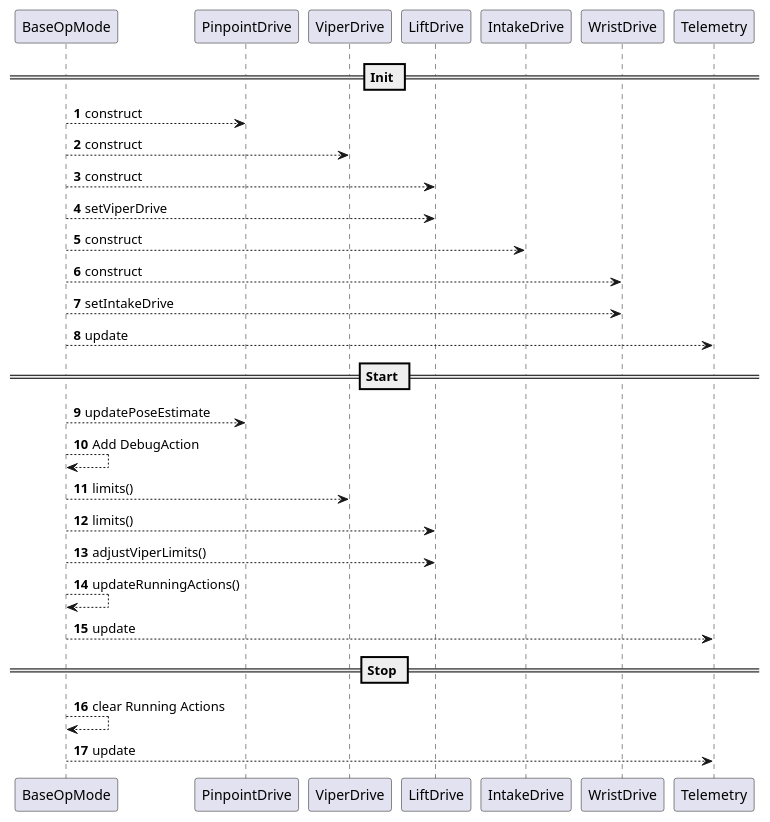
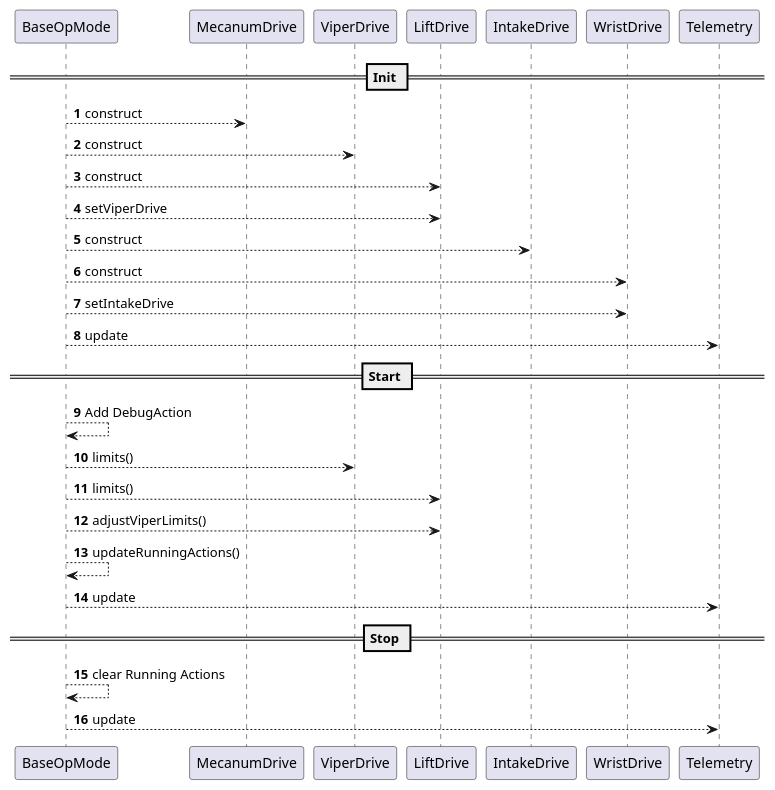
One commit to FTC14691-MechanicalMafia/2024_25_InToTheDeep_14691 changed the diagram in TeamCode/src/main/java/org/firstinspires/ftc/teamcode/mm14691/BaseOpMode.puml. Above: the diagram before and after it, drawn with PlantUML. The commit also changed 7 other files, not shown here.

Commit message:
updating the diagrams for getting rid of the pinpoint driver

```diff
--- a/TeamCode/src/main/java/org/firstinspires/ftc/teamcode/mm14691/BaseOpMode.puml
+++ b/TeamCode/src/main/java/org/firstinspires/ftc/teamcode/mm14691/BaseOpMode.puml
@@ -1,29 +1,28 @@
 @startuml
 'https://plantuml.com/sequence-diagram
 
 autonumber
 
 == Init ==
-BaseOpMode --> PinpointDrive: construct
+BaseOpMode --> MecanumDrive: construct
 BaseOpMode --> ViperDrive: construct
 BaseOpMode --> LiftDrive: construct
 BaseOpMode --> LiftDrive: setViperDrive
 BaseOpMode --> IntakeDrive: construct
 BaseOpMode --> WristDrive: construct
 BaseOpMode --> WristDrive: setIntakeDrive
 BaseOpMode --> Telemetry: update
 
 == Start ==
-BaseOpMode --> PinpointDrive: updatePoseEstimate
 BaseOpMode --> BaseOpMode: Add DebugAction
 BaseOpMode --> ViperDrive: limits()
 BaseOpMode --> LiftDrive: limits()
 BaseOpMode --> LiftDrive: adjustViperLimits()
 BaseOpMode --> BaseOpMode: updateRunningActions()
 BaseOpMode --> Telemetry: update
 
 == Stop ==
 BaseOpMode --> BaseOpMode: clear Running Actions
 BaseOpMode --> Telemetry: update
 
 @enduml
```
